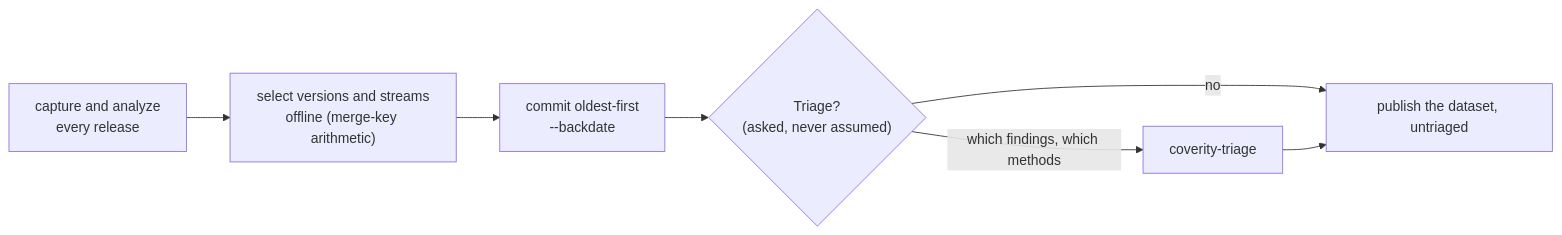
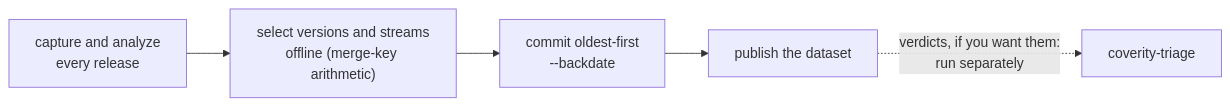
The sixth of 7 diagrams in USE-CASES.md (edtice-goog/CoveritySkills), drawn with Mermaid before and after one commit. The commit also changed other lines of this file, not shown here.

First line of the commit message:
USE-CASES: demo data builds datasets and does not triage them

````diff
--- a/USE-CASES.md
+++ b/USE-CASES.md
@@ -235,9 +235,7 @@
 ```mermaid
 flowchart LR
     C["capture and analyze<br/>every release"] --> P["select versions and streams<br/>offline (merge-key arithmetic)"]
     P --> K["commit oldest-first<br/>--backdate"]
-    K --> Q{"Triage?<br/>(asked, never assumed)"}
-    Q -->|"no"| PUB["publish the dataset, untriaged"]
-    Q -->|"which findings, which methods"| TR["coverity-triage"]
-    TR --> PUB
+    K --> PUB["publish the dataset"]
+    PUB -.->|"verdicts, if you want them:<br/>run separately"| TR["coverity-triage"]
 ```
````
